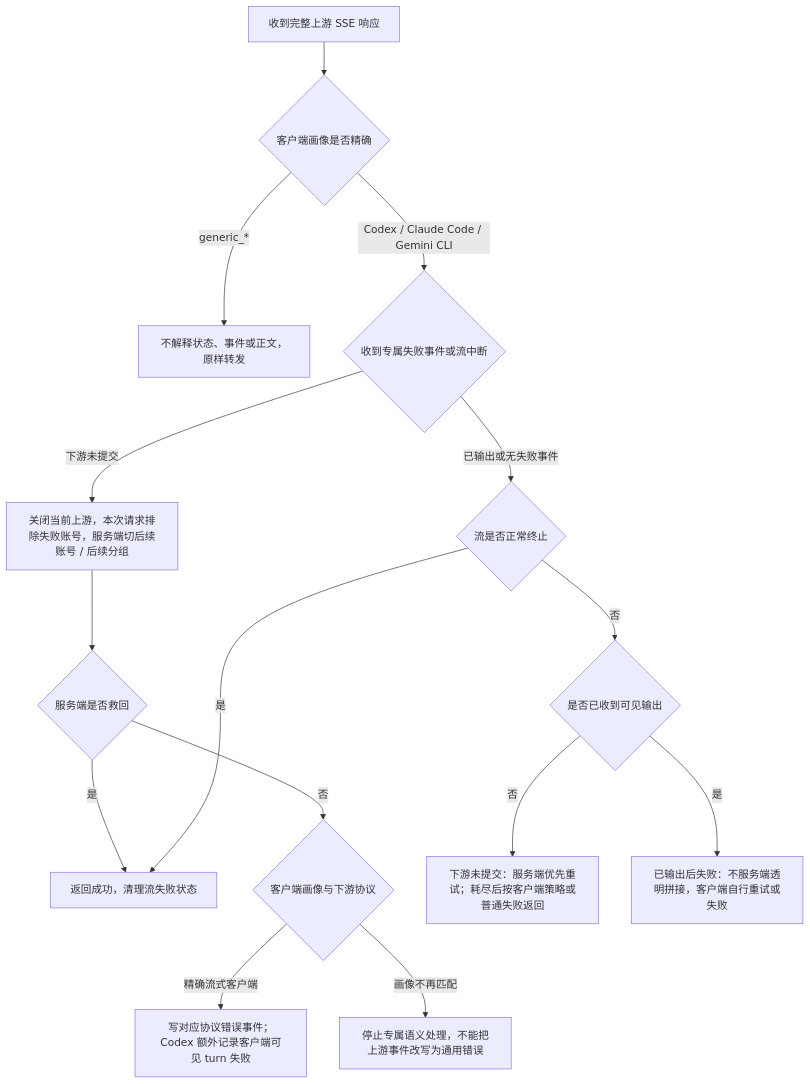
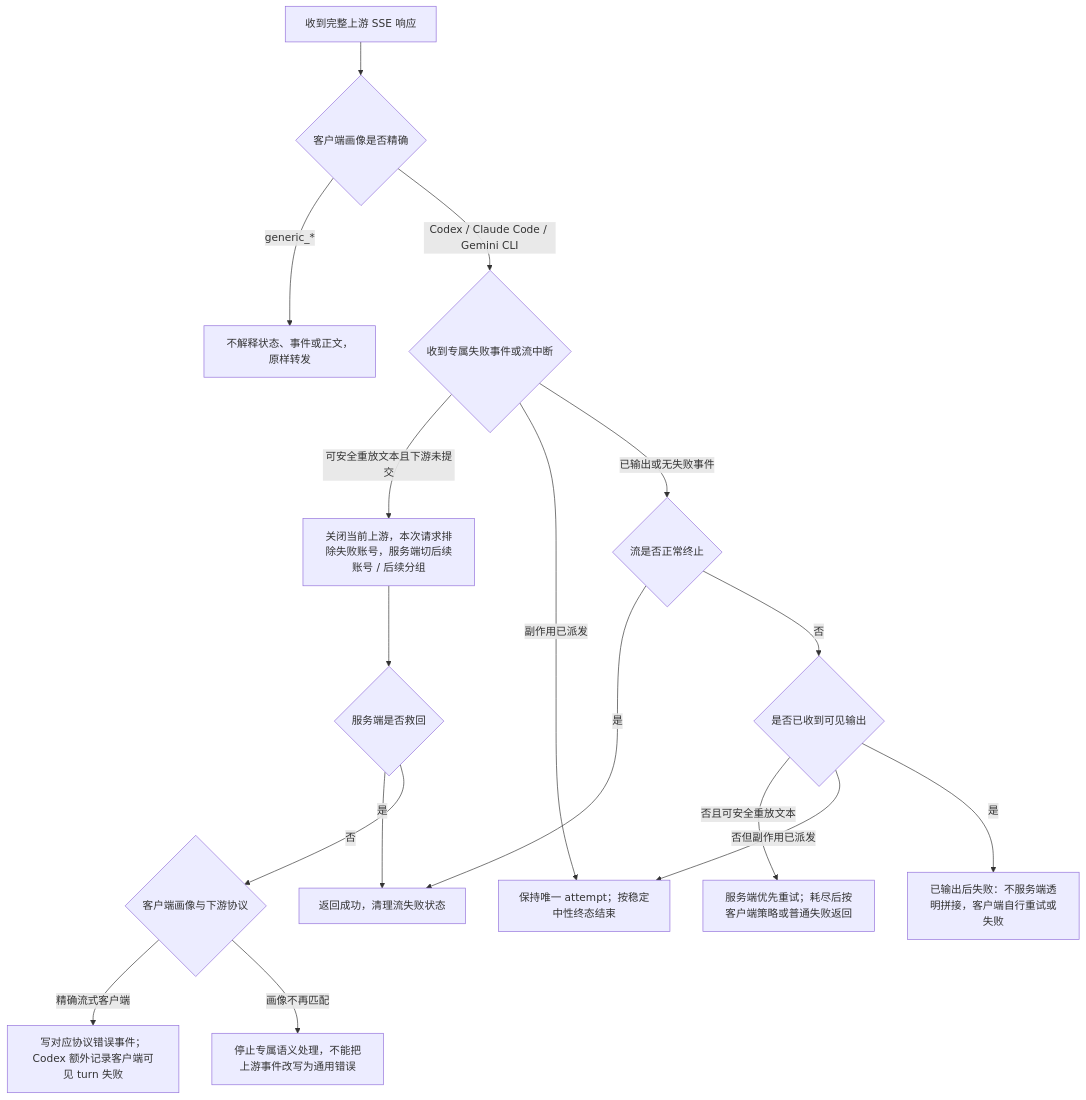
One commit to huanmin123/juhe-ai changed the second of 3 diagrams in docs/functions/网关异常重试与兜底策略.md. Above: the diagram before and after it, drawn with Mermaid. The commit also changed other lines of this file and 290 other files, not shown here.

````diff
--- a/docs/functions/网关异常重试与兜底策略.md
+++ b/docs/functions/网关异常重试与兜底策略.md
@@ -158,17 +170,19 @@
 ```mermaid
 flowchart TD
   A["收到完整上游 SSE 响应"] --> B{"客户端画像是否精确"}
   B -- "generic_*" --> J["不解释状态、事件或正文，原样转发"]
   B -- "Codex / Claude Code / Gemini CLI" --> C{"收到专属失败事件或流中断"}
-  C -- "下游未提交" --> D["关闭当前上游，本次请求排除失败账号，服务端切后续账号 / 后续分组"]
+  C -- "可安全重放文本且下游未提交" --> D["关闭当前上游，本次请求排除失败账号，服务端切后续账号 / 后续分组"]
+  C -- "副作用已派发" --> Q["保持唯一 attempt；按稳定中性终态结束"]
   D --> M{"服务端是否救回"}
   M -- "是" --> F["返回后续账号成功流，客户端无感"]
   M -- "否" --> N{"客户端画像与下游协议"}
   N -- "精确流式客户端" --> O["写对应协议错误事件；Codex 额外记录客户端可见 turn 失败"]
   N -- "画像不再匹配" --> P["停止专属语义处理，不能把上游事件改写为通用错误"]
   C -- "已输出或无失败事件" --> E{"流是否正常终止"}
   E -- "是" --> F["返回成功，清理流失败状态"]
   E -- "否" --> G{"是否已收到可见输出"}
-  G -- "否" --> H["下游未提交：服务端优先重试；耗尽后按客户端策略或普通失败返回"]
+  G -- "否且可安全重放文本" --> H["服务端优先重试；耗尽后按客户端策略或普通失败返回"]
+  G -- "否但副作用已派发" --> Q
   G -- "是" --> I["已输出后失败：不服务端透明拼接，客户端自行重试或失败"]
 ```
````
